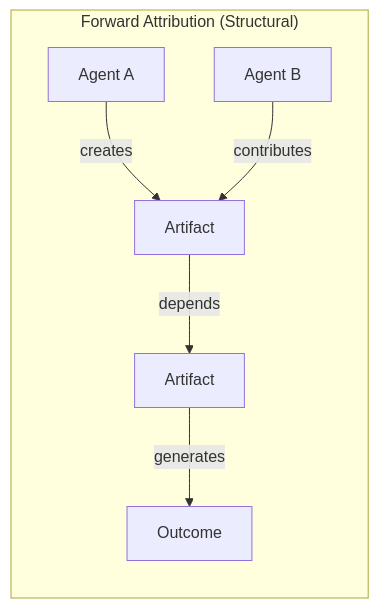
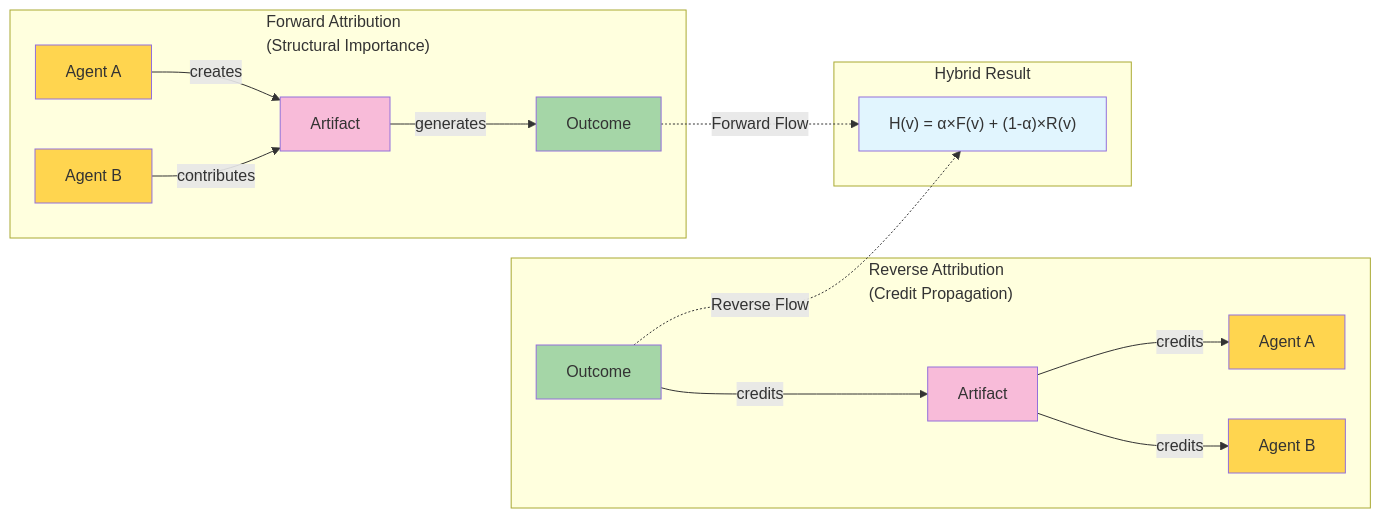
Before and after one commit to carlbarrdahl/hybrid-pagerank-ie: the second of 2 diagrams in README.md, drawn with Mermaid. The commit also changed other lines of this file, not shown here.

````diff
--- a/README.md
+++ b/README.md
@@ -120,9 +118,41 @@
 ```mermaid
 graph LR
-  subgraph "Forward Attribution (Structural)"
-    A1["Agent A"] -->|creates| R1["Artifact"]
-    A2["Agent B"] -->|contributes| R1
-    R1 -->|depends| R2["Artifact"]
-    R2 -->|generates| O1["Outcome"]
-  end
+    subgraph "Forward Attribution<br/>(Structural Importance)"
+        AF1["Agent A"]
+        AF2["Agent B"]
+        ARF["Artifact"]
+        OF["Outcome"]
+        
+        AF1 -->|creates| ARF
+        AF2 -->|contributes| ARF
+        ARF -->|generates| OF
+    end
+    
+    subgraph "Reverse Attribution<br/>(Credit Propagation)"
+        OR["Outcome"]
+        ARR["Artifact"]
+        AR1["Agent A"]
+        AR2["Agent B"]
+        
+        OR -->|credits| ARR
+        ARR -->|credits| AR1
+        ARR -->|credits| AR2
+    end
+    
+    subgraph "Hybrid Result"
+        H["H(v) = α×F(v) + (1-α)×R(v)"]
+    end
+    
+    OF -.->|"Forward Flow"| H
+    OR -.->|"Reverse Flow"| H
+    
+    style AF1 fill:#ffd54f
+    style AF2 fill:#ffd54f
+    style ARF fill:#f8bbd9
+    style OF fill:#a5d6a7
+    style AR1 fill:#ffd54f
+    style AR2 fill:#ffd54f
+    style ARR fill:#f8bbd9
+    style OR fill:#a5d6a7
+    style H fill:#e1f5fe
 ```
````
